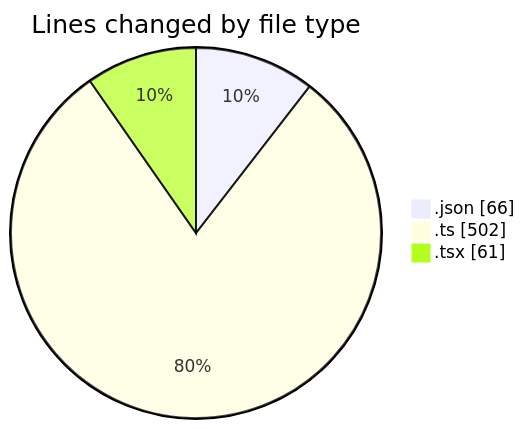
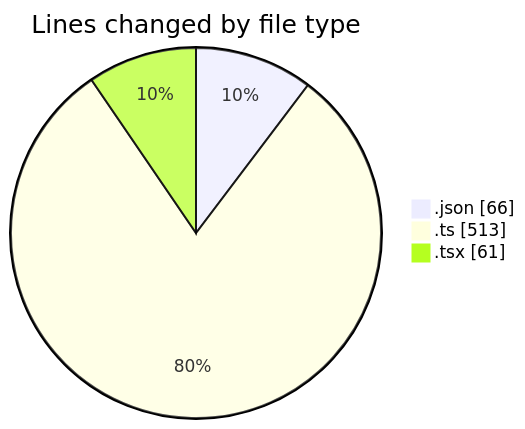
Before and after one commit to momahboobian/code-tracking: the first of 2 diagrams in 2025-05-09/cda/README.md, drawn with Mermaid. The commit also changed other lines of this file and 1 other file, not shown here.

````diff
--- a/2025-05-09/cda/README.md
+++ b/2025-05-09/cda/README.md
@@ -23,7 +23,7 @@
 ```mermaid
 pie showData
 title Lines changed by file type
 ".json" : 66
-".ts" : 502
+".ts" : 513
 ".tsx" : 61
 ```
````
